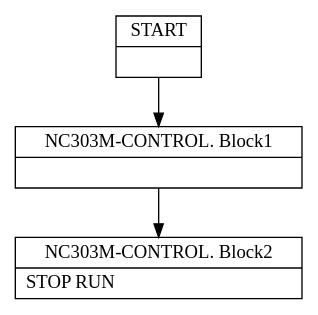
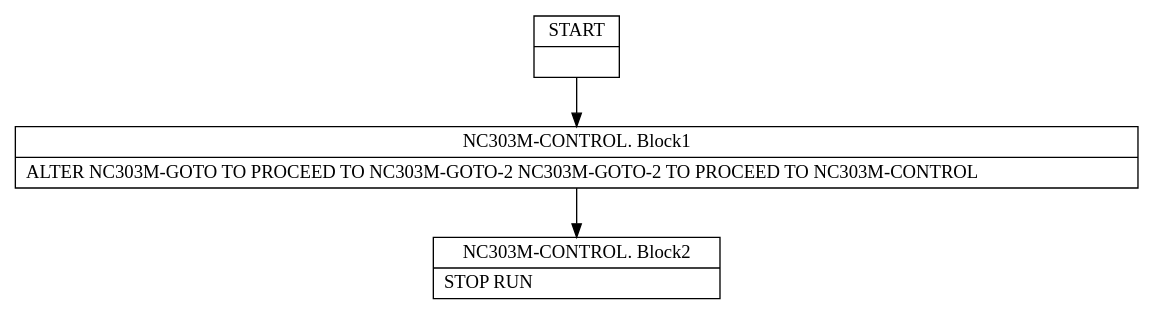
Before and after one commit to TypeCobolTeam/TypeCobol: the diagram in TypeCobol.Analysis.Test/DotOutput/Nist/NC303M.dot, drawn with Graphviz. The commit also changed 9 other files, not shown here.

Commit message:
WI #1269 Test CFG dot graphs and visualization.

```diff
--- a/TypeCobol.Analysis.Test/DotOutput/Nist/NC303M.dot
+++ b/TypeCobol.Analysis.Test/DotOutput/Nist/NC303M.dot
@@ -1,21 +1,21 @@
 digraph Cfg {
 node [
 shape = "record"
 ]
 
 edge [
 arrowtail = "empty"
 ]
 Block0 [
 label = "{START|}"
 ]
 Block1 [
-label = "{NC303M-CONTROL. Block1|}"
+label = "{NC303M-CONTROL. Block1|    ALTER NC303M-GOTO TO PROCEED TO NC303M-GOTO-2          NC303M-GOTO-2 TO PROCEED TO NC303M-CONTROL\l}"
 ]
 Block2 [
 label = "{NC303M-CONTROL. Block2|    STOP RUN\l}"
 ]
 Block0 -> Block1
 Block1 -> Block2
 
 }
```
